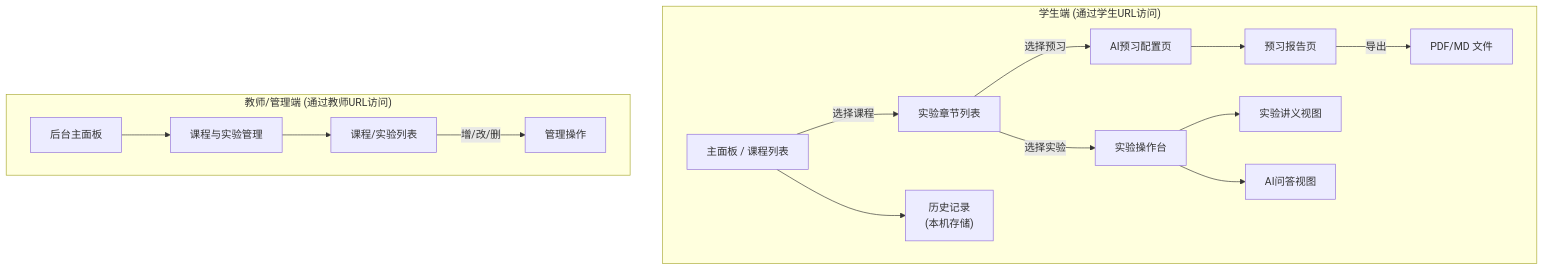
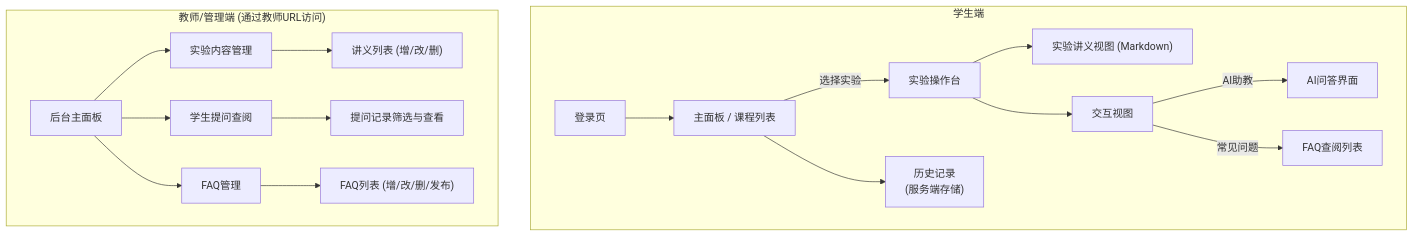
One commit to baoblackcoal/owon_ai changed the diagram in doc/req/dbly_ux.md. Above: the diagram before and after it, drawn with Mermaid. The commit also changed other lines of this file and 3 other files, not shown here.

`````diff
--- a/doc/req/dbly_ux.md
+++ b/doc/req/dbly_ux.md
@@ -74,19 +65,21 @@
 ```mermaid
 graph TD
-    subgraph StudentView["学生端 (通过学生URL访问)"]
-        A["主面板 / 课程列表"] --> |选择课程| B["实验章节列表"]
-        B --> |选择预习| D[AI预习配置页]
-        D --> E[预习报告页]
-        E --> |导出| F[PDF/MD 文件]
-        B --> |选择实验| G[实验操作台]
-        G --> H["实验讲义视图"]
-        G --> I["AI问答视图"]
-        A --> K["历史记录<br/>(本机存储)"]
+    subgraph StudentView["学生端"]
+        A[登录页] --> B["主面板 / 课程列表"]
+        B --> |选择实验| C["实验操作台"]
+        C --> D["实验讲义视图 (Markdown)"]
+        C --> E["交互视图"]
+        E -- "AI助教" --> F["AI问答界面"]
+        E -- "常见问题" --> G["FAQ查阅列表"]
+        B --> H["历史记录<br/>(服务端存储)"]
     end
 
     subgraph AdminView["教师/管理端 (通过教师URL访问)"]
-        N["后台主面板"] --> O[课程与实验管理]
-        O --> P[课程/实验列表]
-        P --> |增/改/删| Q[管理操作]
+        N["后台主面板"] --> O["实验内容管理"]
+        N --> P["学生提问查阅"]
+        N --> Q["FAQ管理"]
+        O --> O1["讲义列表 (增/改/删)"]
+        P --> P1["提问记录筛选与查看"]
+        Q --> Q1["FAQ列表 (增/改/删/发布)"]
     end
-```
+````
`````
